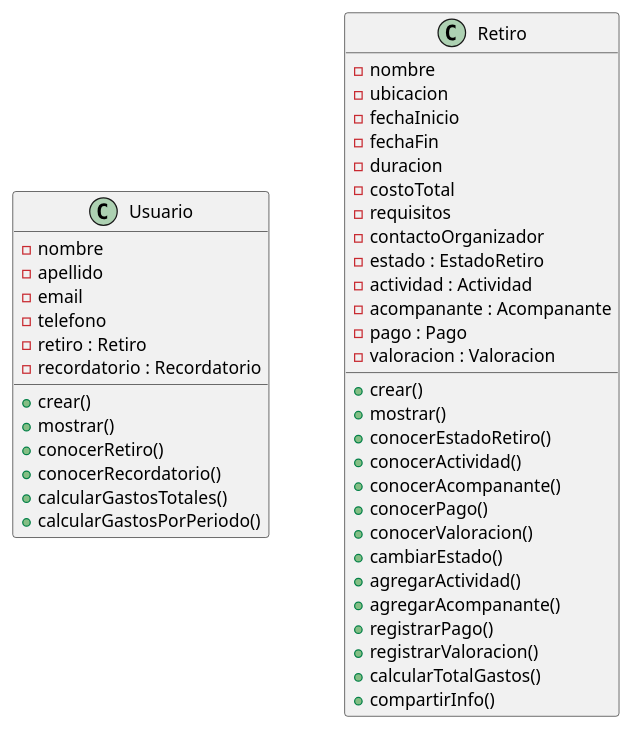
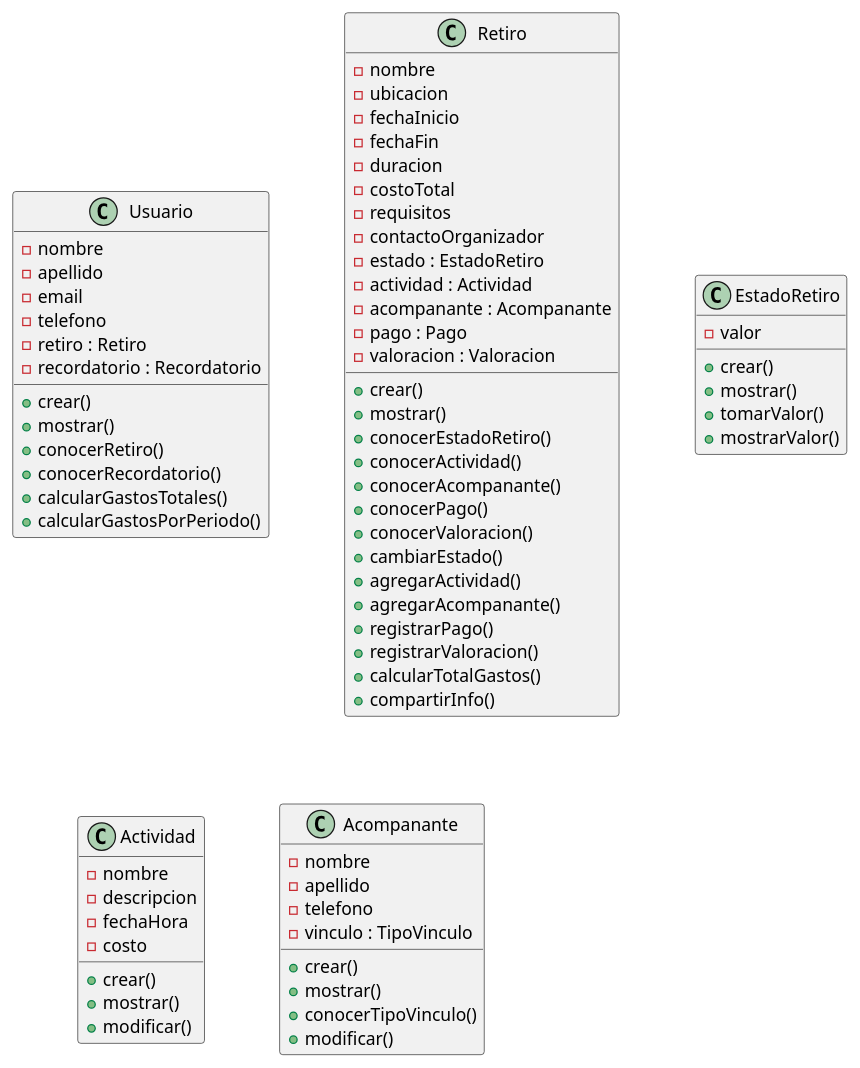
One commit to Luca-Tittarelli/tpi-asi changed the diagram in retiro.puml. Above: the diagram before and after it, drawn with PlantUML.

Commit message:
Agregar clases EstadoRetiro, Actividad y Acompanante

```diff
--- a/retiro.puml
+++ b/retiro.puml
@@ -1,51 +1,79 @@
 @startuml Retiros
 
 skinparam linetype ortho
 skinparam nodesep 60
 skinparam ranksep 70
 
 class Usuario {
   - nombre
   - apellido
   - email
   - telefono
   - retiro : Retiro
   - recordatorio : Recordatorio
   + crear()
   + mostrar()
   + conocerRetiro()
   + conocerRecordatorio()
   + calcularGastosTotales()
   + calcularGastosPorPeriodo()
 }
 
 class Retiro {
   - nombre
   - ubicacion
   - fechaInicio
   - fechaFin
   - duracion
   - costoTotal
   - requisitos
   - contactoOrganizador
   - estado : EstadoRetiro
   - actividad : Actividad
   - acompanante : Acompanante
   - pago : Pago
   - valoracion : Valoracion
   + crear()
   + mostrar()
   + conocerEstadoRetiro()
   + conocerActividad()
   + conocerAcompanante()
   + conocerPago()
   + conocerValoracion()
   + cambiarEstado()
   + agregarActividad()
   + agregarAcompanante()
   + registrarPago()
   + registrarValoracion()
   + calcularTotalGastos()
   + compartirInfo()
 }
+class EstadoRetiro {
+  - valor
+  + crear()
+  + mostrar()
+  + tomarValor()
+  + mostrarValor()
+}
+
+class Actividad {
+  - nombre
+  - descripcion
+  - fechaHora
+  - costo
+  + crear()
+  + mostrar()
+  + modificar()
+}
+
+class Acompanante {
+  - nombre
+  - apellido
+  - telefono
+  - vinculo : TipoVinculo
+  + crear()
+  + mostrar()
+  + conocerTipoVinculo()
+  + modificar()
+}
 @enduml
```
